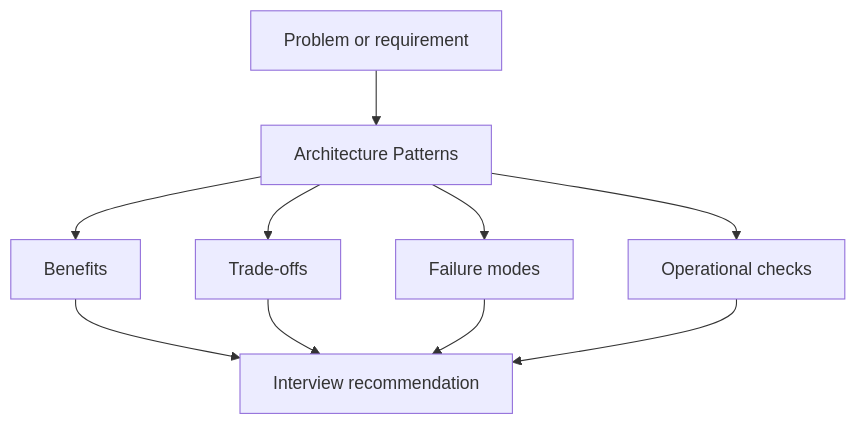
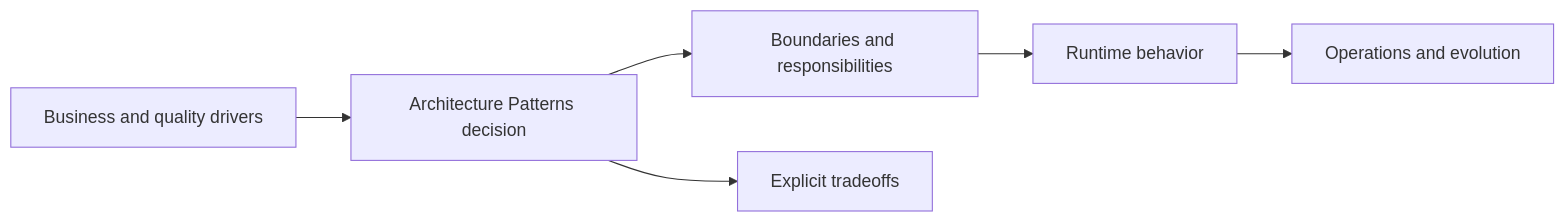
Before and after one commit to abstractinterviews/abstractinterviews.github.io: the first of 2 diagrams in architecture/patterns/index.md, drawn with Mermaid. The commit also changed other lines of this file and 278 other files, not shown here.

````diff
--- a/architecture/patterns/index.md
+++ b/architecture/patterns/index.md
@@ -120,12 +112,8 @@
-~~~mermaid
-flowchart TD
-    Problem["Problem or requirement"] --> Concept["Architecture Patterns"]
-    Concept --> Benefits["Benefits"]
-    Concept --> Tradeoffs["Trade-offs"]
-    Concept --> FailureModes["Failure modes"]
-    Concept --> Operations["Operational checks"]
-    Benefits --> Decision["Interview recommendation"]
-    Tradeoffs --> Decision
-    FailureModes --> Decision
-    Operations --> Decision
-~~~
+```mermaid
+flowchart LR
+    Drivers["Business and quality drivers"] --> Decision["Architecture Patterns decision"]
+    Decision --> Structure["Boundaries and responsibilities"]
+    Structure --> Runtime["Runtime behavior"]
+    Runtime --> Ops["Operations and evolution"]
+    Decision --> Tradeoffs["Explicit tradeoffs"]
+```
````
